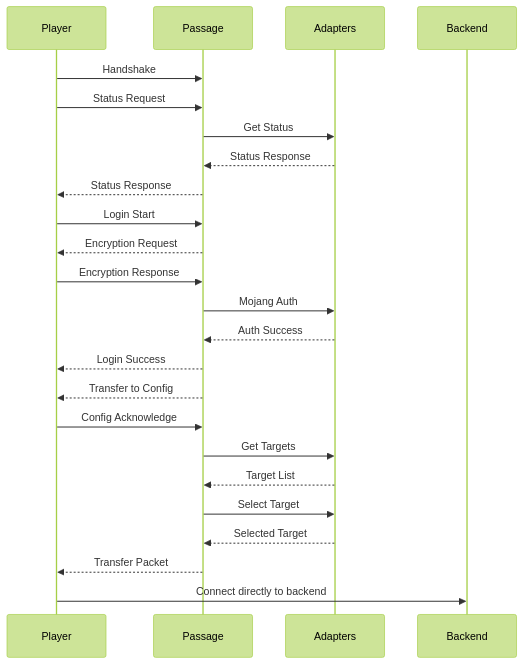
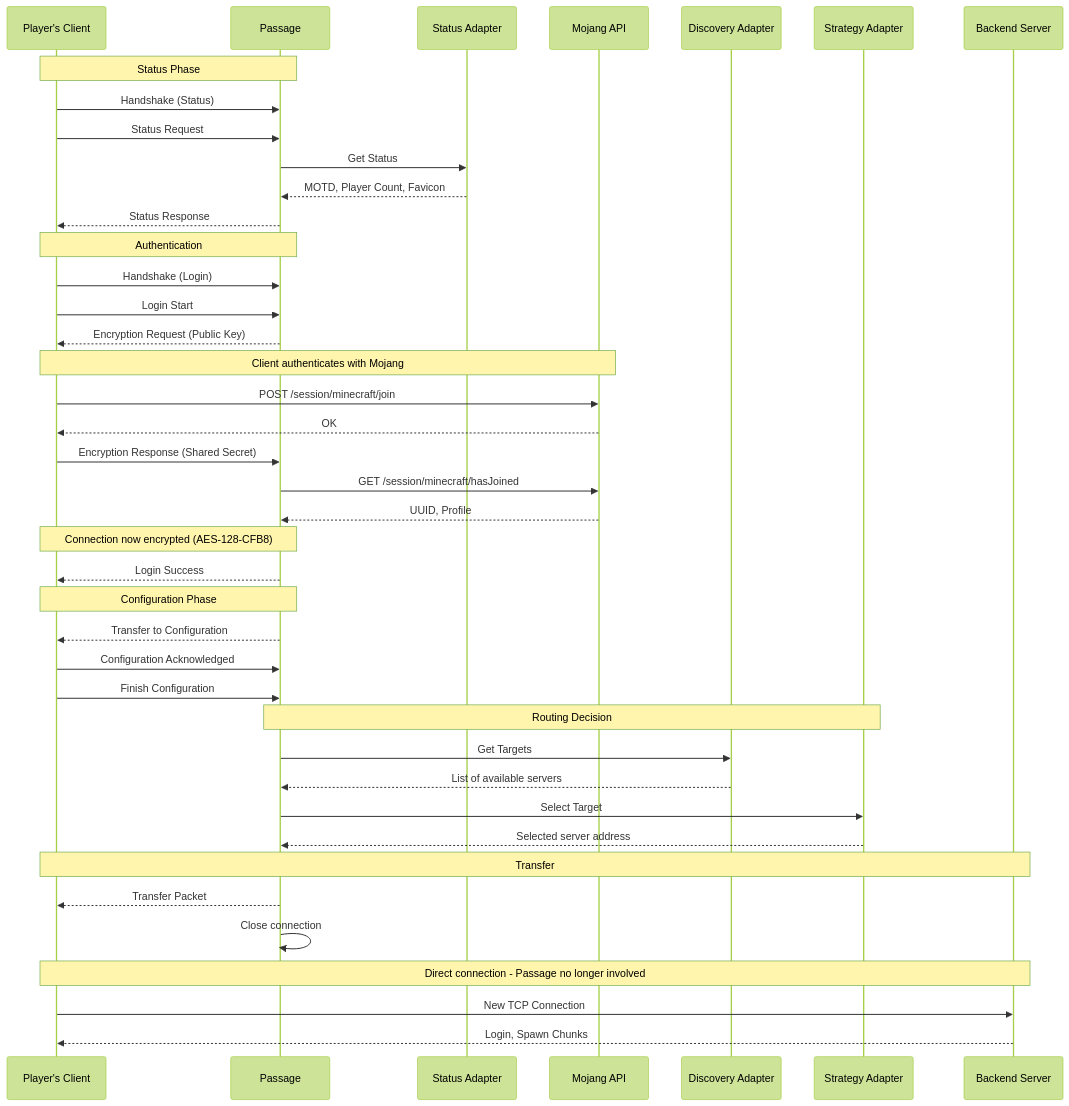
Before and after one commit to scrayosnet/passage: the third of 3 diagrams in .docs/src/content/docs/overview/architecture.md, drawn with Mermaid (forest theme). The commit also changed other lines of this file and 15 other files, not shown here.

````diff
--- a/.docs/src/content/docs/overview/architecture.md
+++ b/.docs/src/content/docs/overview/architecture.md
@@ -129,30 +197,52 @@
 ```mermaid
 sequenceDiagram
-    participant Player
+    participant Client as Player's Client
     participant Passage
-    participant Adapters
-    participant Backend
+    participant StatusAdapter as Status Adapter
+    participant Mojang as Mojang API
+    participant Discovery as Discovery Adapter
+    participant Strategy as Strategy Adapter
+    participant Backend as Backend Server
 
-    Player->>Passage: Handshake
-    Player->>Passage: Status Request
-    Passage->>Adapters: Get Status
-    Adapters-->>Passage: Status Response
-    Passage-->>Player: Status Response
+    Note over Client,Passage: Status Phase
+    Client->>Passage: Handshake (Status)
+    Client->>Passage: Status Request
+    Passage->>StatusAdapter: Get Status
+    StatusAdapter-->>Passage: MOTD, Player Count, Favicon
+    Passage-->>Client: Status Response
 
-    Player->>Passage: Login Start
-    Passage-->>Player: Encryption Request
-    Player->>Passage: Encryption Response
-    Passage->>Adapters: Mojang Auth
-    Adapters-->>Passage: Auth Success
-    Passage-->>Player: Login Success
+    Note over Client,Passage: Authentication
+    Client->>Passage: Handshake (Login)
+    Client->>Passage: Login Start
+    Passage-->>Client: Encryption Request (Public Key)
 
-    Passage-->>Player: Transfer to Config
-    Player->>Passage: Config Acknowledge
-    Passage->>Adapters: Get Targets
-    Adapters-->>Passage: Target List
-    Passage->>Adapters: Select Target
-    Adapters-->>Passage: Selected Target
-    Passage-->>Player: Transfer Packet
+    Note over Client,Mojang: Client authenticates with Mojang
+    Client->>Mojang: POST /session/minecraft/join
+    Mojang-->>Client: OK
 
-    Player->>Backend: Connect directly to backend
+    Client->>Passage: Encryption Response (Shared Secret)
+    Passage->>Mojang: GET /session/minecraft/hasJoined
+    Mojang-->>Passage: UUID, Profile
+
+    Note over Client,Passage: Connection now encrypted (AES-128-CFB8)
+    Passage-->>Client: Login Success
+
+    Note over Client,Passage: Configuration Phase
+    Passage-->>Client: Transfer to Configuration
+    Client->>Passage: Configuration Acknowledged
+    Client->>Passage: Finish Configuration
+
+    Note over Passage,Strategy: Routing Decision
+    Passage->>Discovery: Get Targets
+    Discovery-->>Passage: List of available servers
+    Passage->>Strategy: Select Target
+    Strategy-->>Passage: Selected server address
+
+    Note over Client,Backend: Transfer
+    Passage-->>Client: Transfer Packet
+    Passage->>Passage: Close connection
+
+    Note over Client,Backend: Direct connection - Passage no longer involved
+    Client->>Backend: New TCP Connection
+    Backend-->>Client: Login, Spawn Chunks
 ```
````
